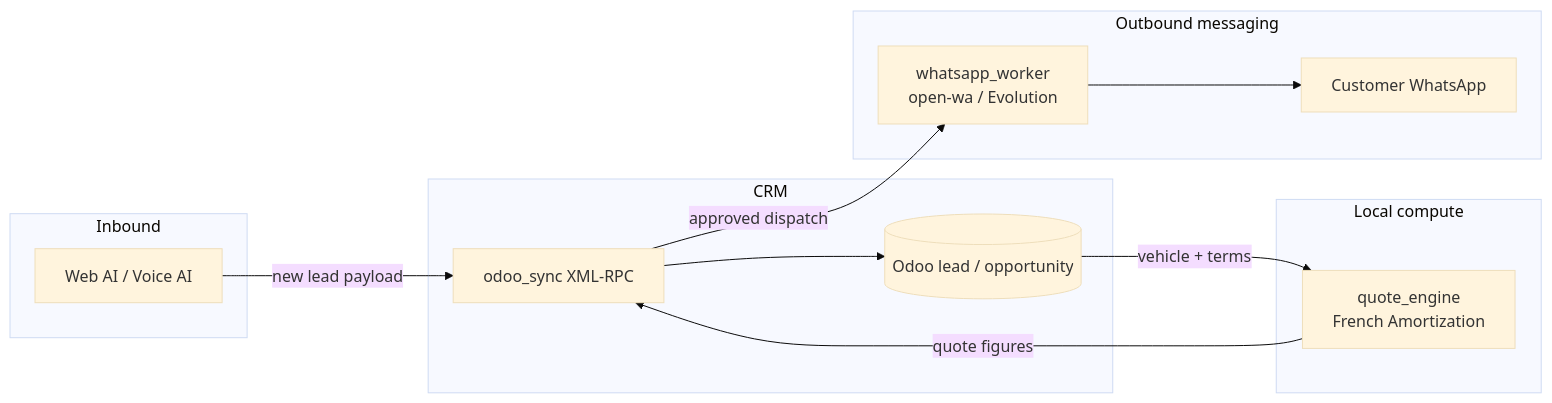
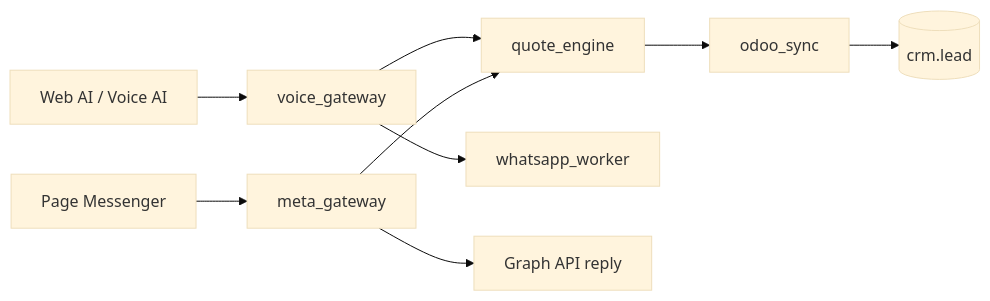
Before and after one commit to mg22mex/auto-upload: diagram 11 of 11 in docs/PROJECT_GUIDE.md, drawn with Mermaid (base theme). The commit also changed other lines of this file and 8 other files, not shown here.

First line of the commit message:
Add Meta Messenger webhook gateway and document Phase 2 channels.

````diff
--- a/docs/PROJECT_GUIDE.md
+++ b/docs/PROJECT_GUIDE.md
@@ -479,27 +482,21 @@
 ```mermaid
 flowchart LR
-    subgraph Inbound["Inbound"]
-        WEB[Web AI / Voice AI]
-    end
+    WEB[Web AI / Voice AI]
+    MSG[Page Messenger]
+    VG[voice_gateway]
+    MG[meta_gateway]
+    QE[quote_engine]
+    ODOO[odoo_sync]
+    LEAD[(crm.lead)]
+    WA[whatsapp_worker]
+    GRAPH[Graph API reply]
 
-    subgraph CRM["CRM"]
-        ODOO[odoo_sync XML-RPC]
-        LEAD[(Odoo lead / opportunity)]
-    end
-
-    subgraph Local["Local compute"]
-        QE[quote_engine<br/>French Amortization]
-    end
-
-    subgraph Outbound["Outbound messaging"]
-        WA[whatsapp_worker<br/>open-wa / Evolution]
-        CUST[Customer WhatsApp]
-    end
-
-    WEB -->|new lead payload| ODOO
+    WEB --> VG
+    VG --> QE
+    MSG --> MG
+    MG --> QE
+    QE --> ODOO
     ODOO --> LEAD
-    LEAD -->|vehicle + terms| QE
-    QE -->|quote figures| ODOO
-    ODOO -->|approved dispatch| WA
-    WA --> CUST
+    VG --> WA
+    MG --> GRAPH
 ```
````
